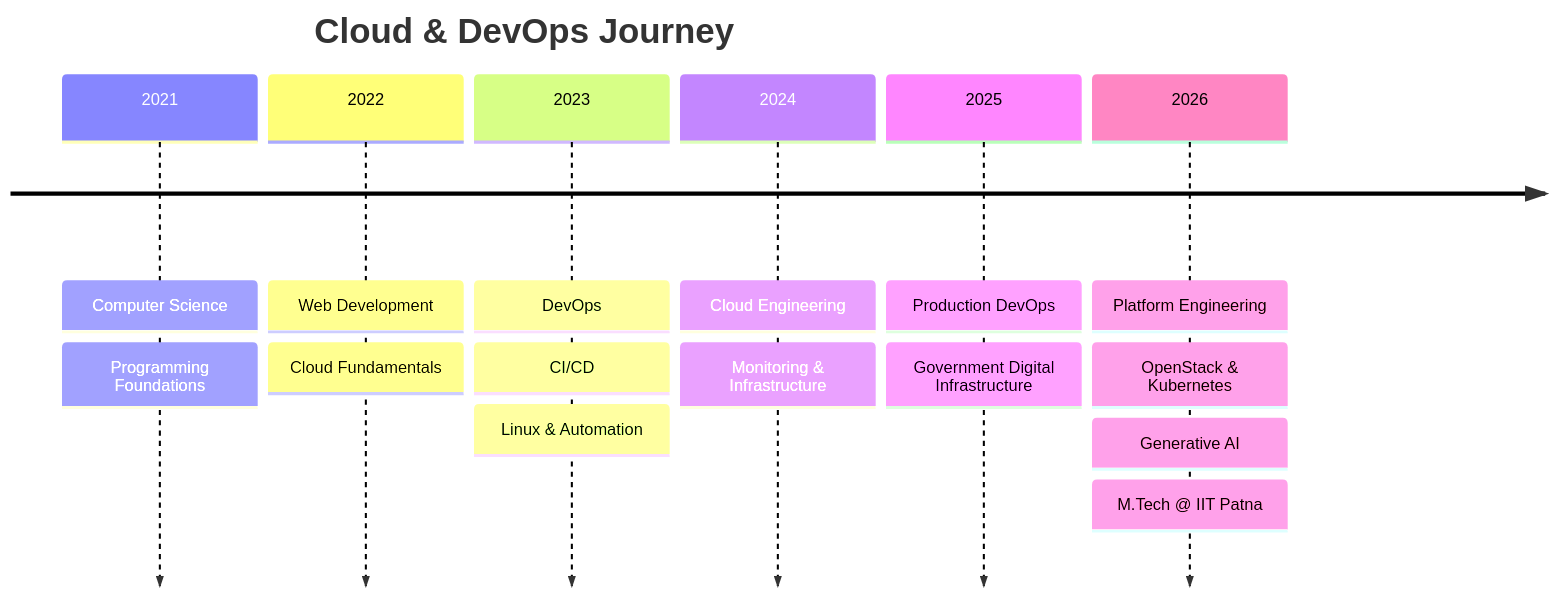
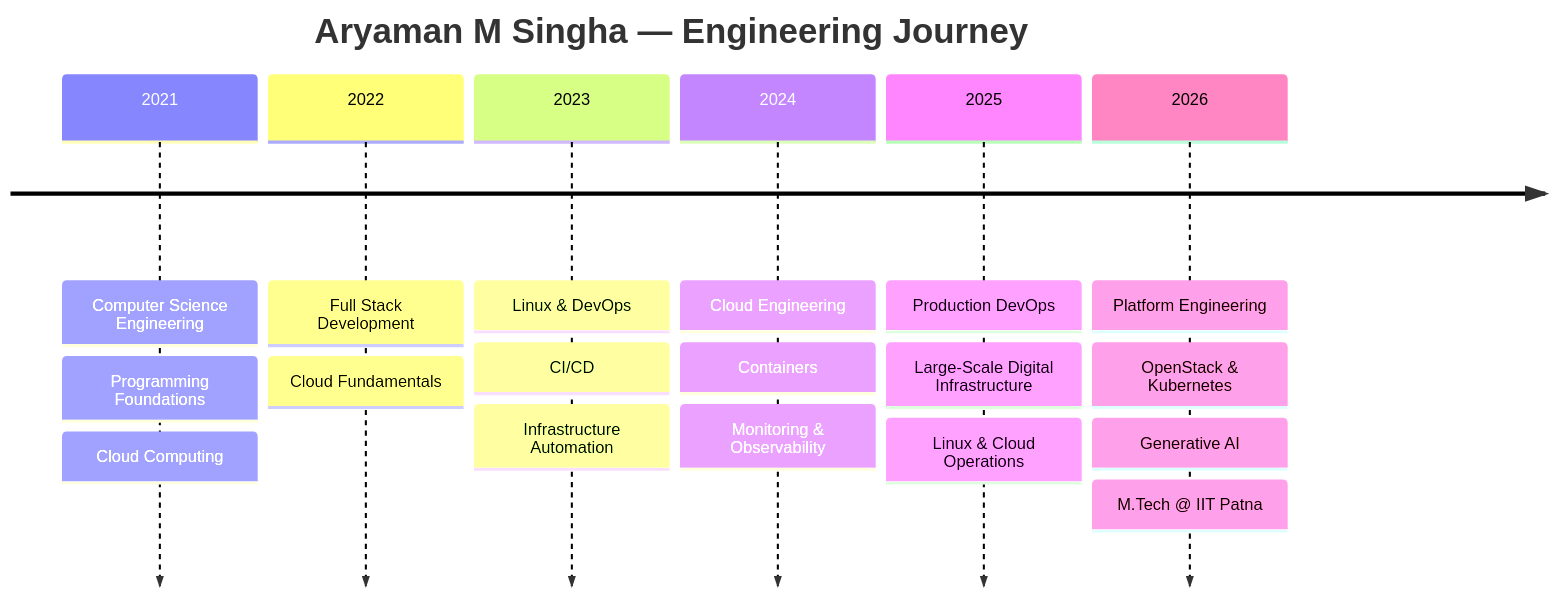
Before and after one commit to Aryamnsls/Aryamnsls: the fourth of 4 diagrams in README.md, drawn with Mermaid. The commit also changed other lines of this file, not shown here.

````diff
--- a/README.md
+++ b/README.md
@@ -243,25 +639,28 @@
 ```mermaid
 timeline
-    title Cloud & DevOps Journey
+    title Aryaman M Singha — Engineering Journey
 
-    2021 : Computer Science
+    2021 : Computer Science Engineering
          : Programming Foundations
+         : Cloud Computing
 
-    2022 : Web Development
+    2022 : Full Stack Development
          : Cloud Fundamentals
 
-    2023 : DevOps
+    2023 : Linux & DevOps
          : CI/CD
-         : Linux & Automation
+         : Infrastructure Automation
 
     2024 : Cloud Engineering
-         : Monitoring & Infrastructure
+         : Containers
+         : Monitoring & Observability
 
     2025 : Production DevOps
-         : Government Digital Infrastructure
+         : Large-Scale Digital Infrastructure
+         : Linux & Cloud Operations
 
     2026 : Platform Engineering
          : OpenStack & Kubernetes
          : Generative AI
          : M.Tech @ IIT Patna
 ```
````
